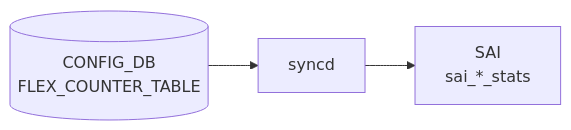
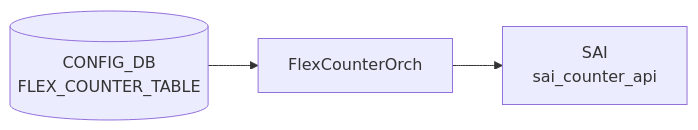
The diagram in docs/reference/config-db/app-counter.md (aoki-taquan/sonic-unofficial-docs), drawn with Mermaid before and after one commit. The commit also changed 93 other files, not shown here.

First line of the commit message:
fix(scripts): skip APPL_DB/STATE_DB pages in gen_cdb_mermaid

````diff
--- a/docs/reference/config-db/app-counter.md
+++ b/docs/reference/config-db/app-counter.md
@@ -63,8 +63,8 @@
 ```mermaid
 flowchart LR
   CDB[("CONFIG_DB<br/>FLEX_COUNTER_TABLE")]
-  DM["syncd"]
+  DM["FlexCounterOrch"]
   CDB --> DM
-  SAI["SAI<br/>sai_*_stats"]
+  SAI["SAI<br/>sai_counter_api"]
   DM --> SAI
 ```
````
